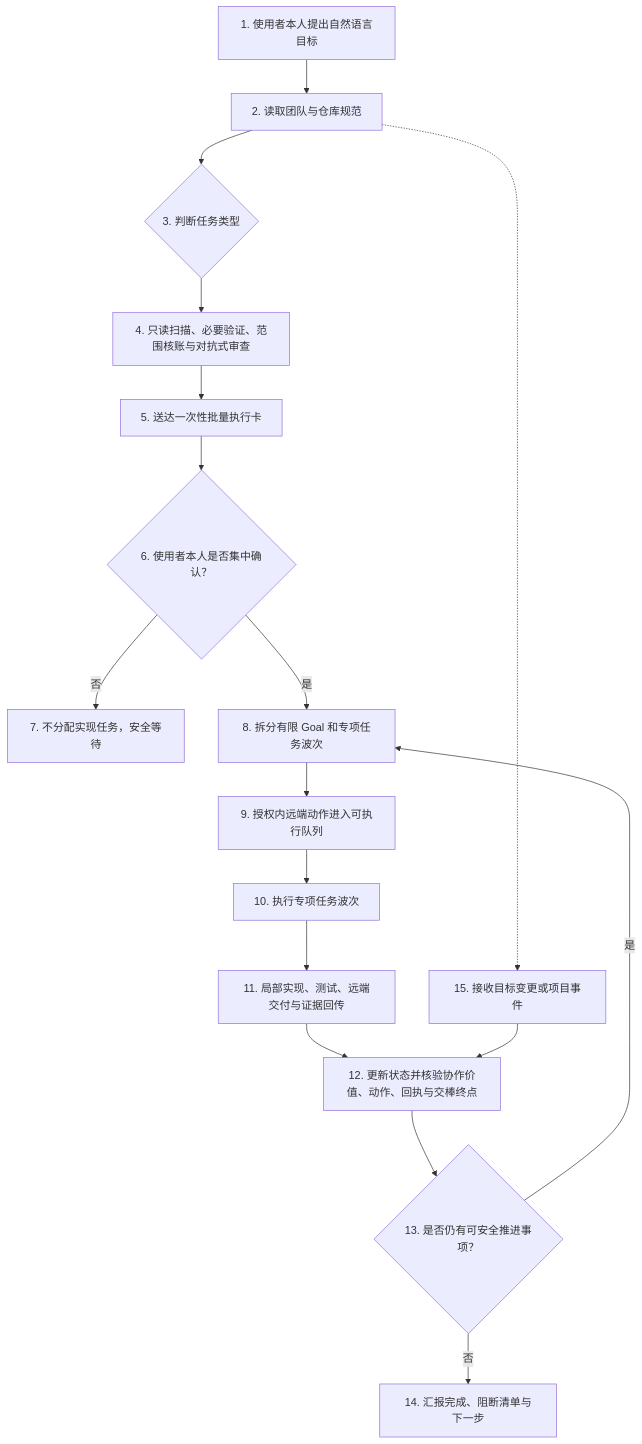
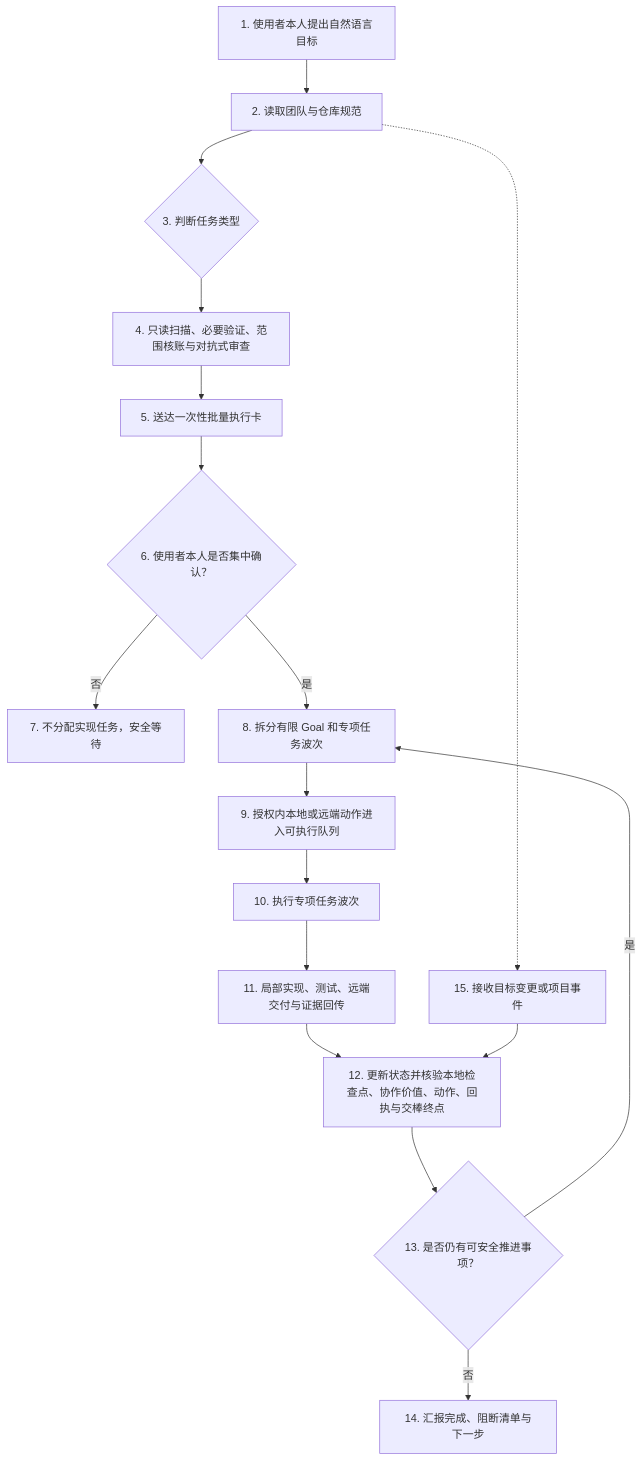
The diagram in 00-第二代工作流总览.md (RongNianXin/agentic-project-commander), drawn with Mermaid before and after one commit. The commit also changed other lines of this file and 9 other files, not shown here.

````diff
--- a/00-第二代工作流总览.md
+++ b/00-第二代工作流总览.md
@@ -29,19 +29,19 @@
 ```mermaid
 flowchart TD
     _01["1. 使用者本人提出自然语言目标"] --> _02["2. 读取团队与仓库规范"]
     _02 --> _03{"3. 判断任务类型"}
     _03 --> _04["4. 只读扫描、必要验证、范围核账与对抗式审查"]
     _04 --> _05["5. 送达一次性批量执行卡"]
     _05 --> _06{"6. 使用者本人是否集中确认？"}
     _06 -->|否| _07["7. 不分配实现任务，安全等待"]
     _06 -->|是| _08["8. 拆分有限 Goal 和专项任务波次"]
-    _08 --> _09["9. 授权内远端动作进入可执行队列"]
+    _08 --> _09["9. 授权内本地或远端动作进入可执行队列"]
     _09 --> _10["10. 执行专项任务波次"]
     _10 --> _11["11. 局部实现、测试、远端交付与证据回传"]
-    _11 --> _12["12. 更新状态并核验协作价值、动作、回执与交棒终点"]
+    _11 --> _12["12. 更新状态并核验本地检查点、协作价值、动作、回执与交棒终点"]
     _12 --> _13{"13. 是否仍有可安全推进事项？"}
     _13 -->|是| _08
     _13 -->|否| _14["14. 汇报完成、阻断清单与下一步"]
     _02 -.-> _15["15. 接收目标变更或项目事件"]
     _15 --> _12
 ```
````
